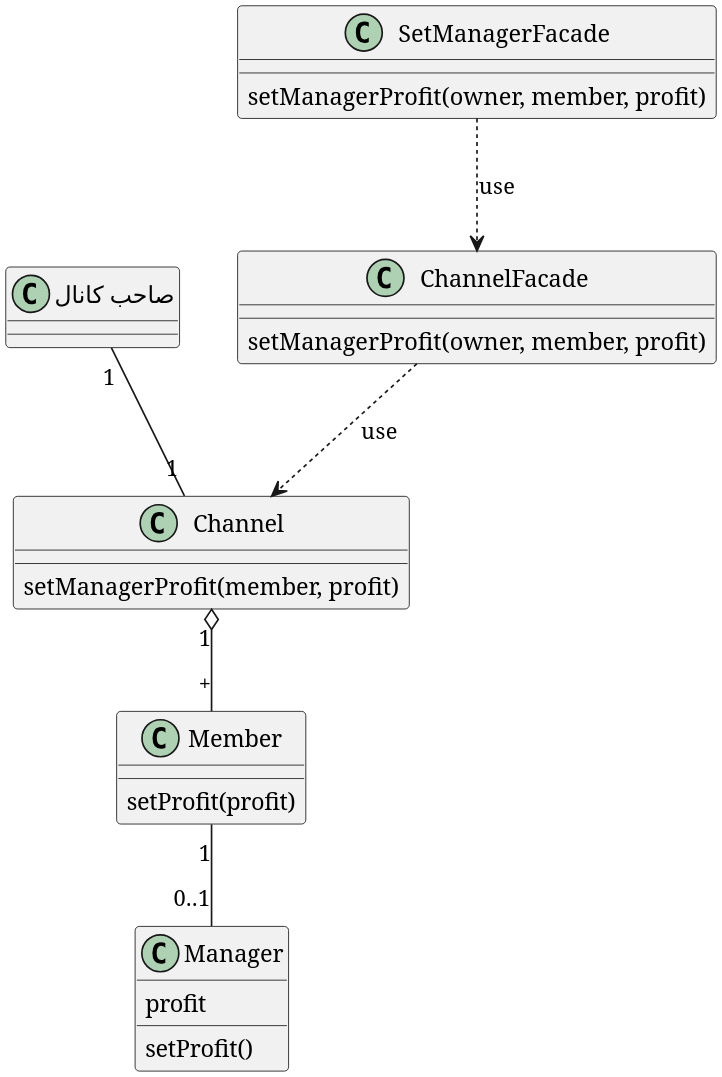
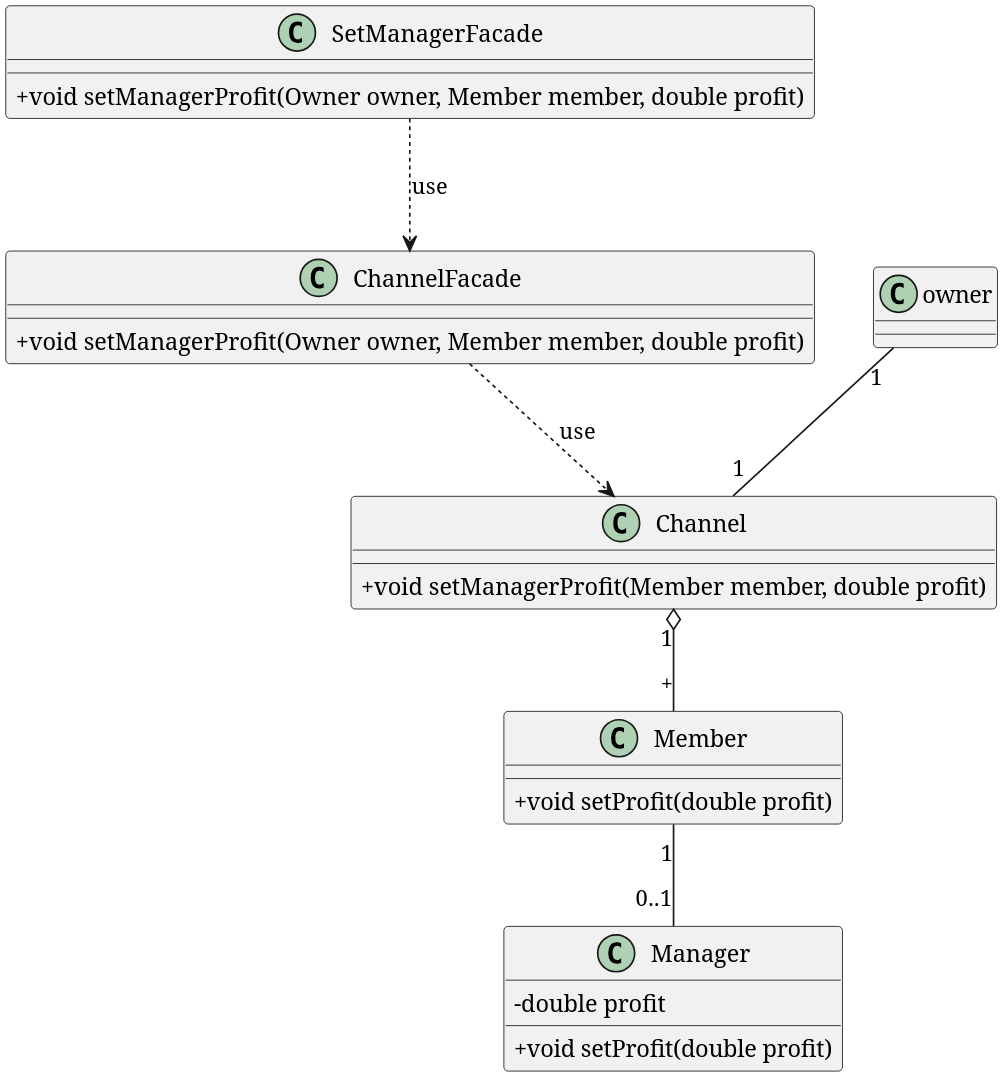
Before and after one commit to soleyman79/Qasedak: the diagram in Diagrams/Design Class/SetManagerProfit.puml, drawn with PlantUML.

Commit message:
SetManagerProfit: add type and privacy

```diff
--- a/Diagrams/Design Class/SetManagerProfit.puml
+++ b/Diagrams/Design Class/SetManagerProfit.puml
@@ -1,38 +1,36 @@
 @startuml set_manager_profit
 
 
 scale 3
 skinparam DefaultFontName B Nazanin
 skinparam ArrowMessageAlignment right
-
-class "صاحب کانال" as owner {
-}
+skinparam classAttributeIconSize 0
 
 class "Channel" as chanel {
-    setManagerProfit(member, profit)
+    +void setManagerProfit(Member member, double profit)
 }
 
 class "Member" as member {
-    setProfit(profit)
+    +void setProfit(double profit)
 }
 
 class "Manager" as manager {
-    profit
-    setProfit()
+    -double profit
+    +void setProfit(double profit)
 }
 
 class SetManagerFacade {
-    setManagerProfit(owner, member, profit)
+    +void setManagerProfit(Owner owner, Member member, double profit)
 }
 
 class ChannelFacade {
-    setManagerProfit(owner, member, profit)
+    +void setManagerProfit(Owner owner, Member member, double profit)
 }
 
 owner "1" -- "1" chanel
 chanel "1" o-- "+" member
 member "1" -- "0..1" manager
 SetManagerFacade ..> ChannelFacade :use
 ChannelFacade ..> chanel :use
 
 @enduml
```
